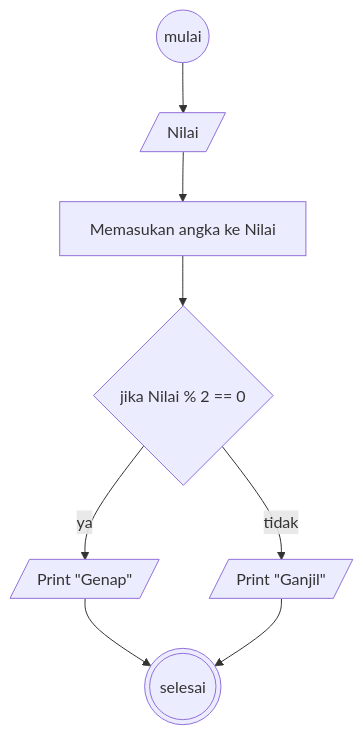
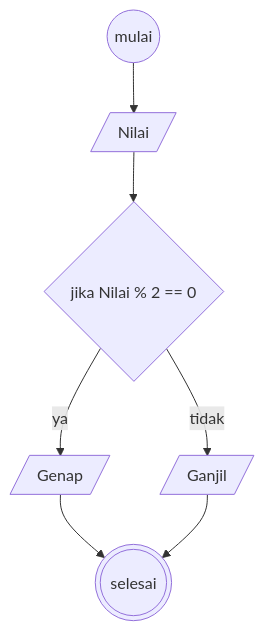
One commit to daberpro/koda-b10-algoritma changed the diagram in README.md. Above: the diagram before and after it, drawn with Mermaid.

````diff
--- a/README.md
+++ b/README.md
@@ -20,21 +20,19 @@
 ```mermaid
 
 flowchart TB
     Start((mulai))
     Nilai[/Nilai/]
-    Assign[Memasukan angka ke Nilai]
     Kondisi{jika Nilai % 2 == 0}
-    P2_1[/Print "Genap"/]
-    P2_2[/Print "Ganjil"/]
+    P2_1[/"Genap"/]
+    P2_2[/"Ganjil"/]
     End(((selesai)))
 
     Start --> Nilai
-    Nilai --> Assign
-    Assign --> Kondisi
+    Nilai --> Kondisi
     Kondisi --> |ya| P2_1
     Kondisi --> |tidak| P2_2
 
     P2_1 --> End
     P2_2 --> End
 
 ```
````
